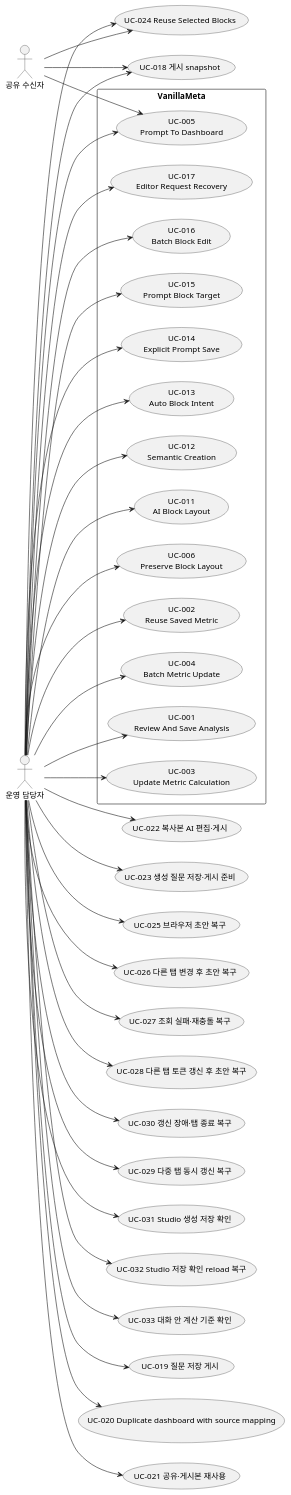
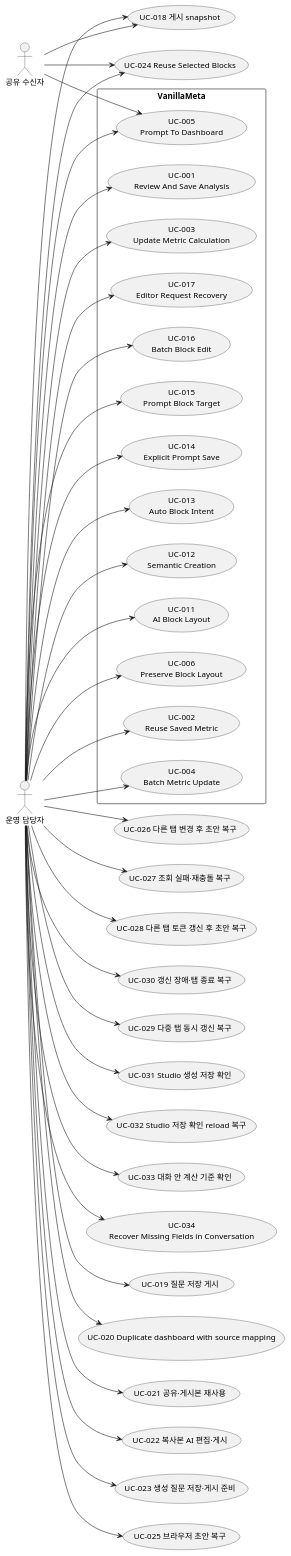
The diagram in docs/use_cases.puml (vanillabrain/vanillameta), drawn with PlantUML before and after one commit. The commit also changed 16 other files, not shown here.

Commit message:
feat: recover missing fields with inline Studio source selection

```diff
--- a/docs/use_cases.puml
+++ b/docs/use_cases.puml
@@ -1,68 +1,70 @@
 @startuml
 left to right direction
 actor "운영 담당자" as operator
 rectangle "VanillaMeta" {
  usecase "UC-017\nEditor Request Recovery" as UC017
  usecase "UC-016\nBatch Block Edit" as UC016
  usecase "UC-015\nPrompt Block Target" as UC015
  usecase "UC-014\nExplicit Prompt Save" as UC014
  usecase "UC-013\nAuto Block Intent" as UC013
  usecase "UC-012\nSemantic Creation" as UC012
  usecase "UC-011\nAI Block Layout" as UC011
  usecase "UC-006\nPreserve Block Layout" as UC006
  usecase "UC-005\nPrompt To Dashboard" as UC005
  usecase "UC-004\nBatch Metric Update" as UC004
  usecase "UC-001\nReview And Save Analysis" as UC001
  usecase "UC-003\nUpdate Metric Calculation" as UC003
  usecase "UC-002\nReuse Saved Metric" as UC002
 }
 operator --> UC015
 operator --> UC014
 operator --> UC013
 operator --> UC012
 operator --> UC011
 operator --> UC006
 operator --> UC005
 actor "공유 수신자" as recipient
 recipient --> UC005
 operator --> UC004
 operator --> UC003
 operator --> UC002
 operator --> UC001
 operator --> UC016
 operator --> UC017
 usecase "UC-018 게시 snapshot" as UC018
 operator --> UC018
 recipient --> UC018
 usecase "UC-019 질문 저장 게시" as UC019
 operator --> UC019
 usecase "UC-020 Duplicate dashboard with source mapping" as UC020
 operator --> UC020
 usecase "UC-021 공유·게시본 재사용" as UC021
 operator --> UC021
 usecase "UC-022 복사본 AI 편집·게시" as UC022
 operator --> UC022
 usecase "UC-023 생성 질문 저장·게시 준비" as UC023
 operator --> UC023
 usecase "UC-024 Reuse Selected Blocks" as UC024
 operator --> UC024
 recipient --> UC024
 usecase "UC-025 브라우저 초안 복구" as UC025
 operator --> UC025
 usecase "UC-026 다른 탭 변경 후 초안 복구" as UC026
 operator --> UC026
 usecase "UC-027 조회 실패·재충돌 복구" as UC027
 operator --> UC027
 usecase "UC-028 다른 탭 토큰 갱신 후 초안 복구" as UC028
 operator --> UC028
 usecase "UC-030 갱신 장애·탭 종료 복구" as UC030
 usecase "UC-029 다중 탭 동시 갱신 복구" as UC029
 operator --> UC029
 operator --> UC030
 usecase "UC-031 Studio 생성 저장 확인" as UC031
 operator --> UC031
 usecase "UC-032 Studio 저장 확인 reload 복구" as UC032
 operator --> UC032
 usecase "UC-033 대화 안 계산 기준 확인" as UC033
+  usecase "UC-034\nRecover Missing Fields in Conversation" as UC034
 operator --> UC033
+operator --> UC034
 @enduml
```
